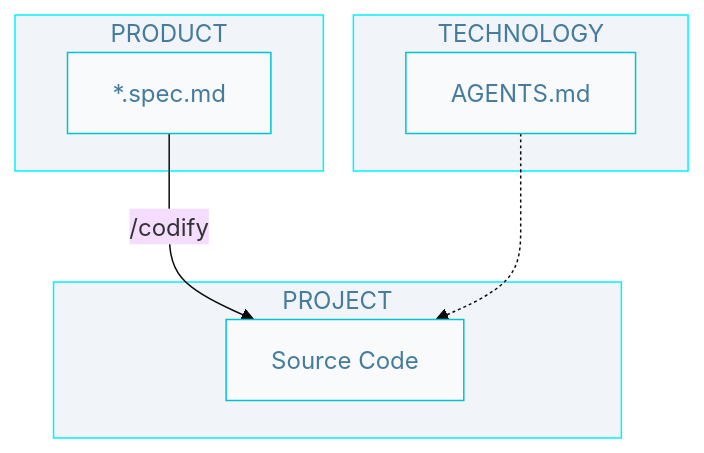
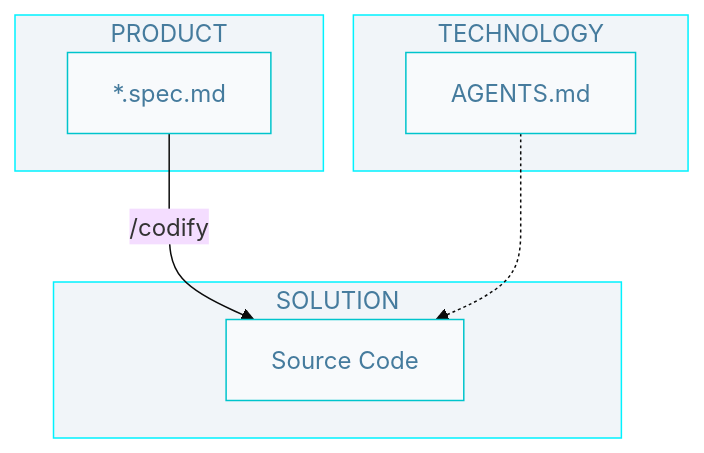
The diagram in docs/1-0-0-ecosistema_y_vibraciones/1-session-diagram.md (AlbertoBasaloAcademy/dipta-sdd-java), drawn with Mermaid (base theme) before and after one commit. The commit also changed 2 other files, not shown here.

Commit message:
docs: session 1

````diff
--- a/docs/1-0-0-ecosistema_y_vibraciones/1-session-diagram.md
+++ b/docs/1-0-0-ecosistema_y_vibraciones/1-session-diagram.md
@@ -3,22 +3,22 @@
 ```mermaid
 flowchart TD
     classDef nd fill:#f8fafc,stroke:#00c4cc,color:#457b9d
-    classDef sg fill:#f1f5f9,stroke:#00f2ff,color:#457b9d    
+    classDef sg fill:#f1f5f9,stroke:#00f2ff,color:#457b9d 
 
-	subgraph P["PRODUCT"]
-	    REQ["*.spec.md"]:::nd
-    end
-    
-    subgraph T["TECHNOLOGY"]
-	    AGT["AGENTS.md"]:::nd
+    subgraph P["PRODUCT"]
+        REQ["*.spec.md"]:::nd
     end
 
-    subgraph I["PROJECT"]
+    subgraph T["TECHNOLOGY"]
+        AGT["AGENTS.md"]:::nd
+    end  
+
+    subgraph S["SOLUTION"]
         COD[Source Code]:::nd
     end
-    
+
     REQ -->|/codify| COD
-    AGT -.-> COD
+    AGT -.-> COD  
 
-    class P,T,I sg
+    class P,T,S sg
 ```
````
